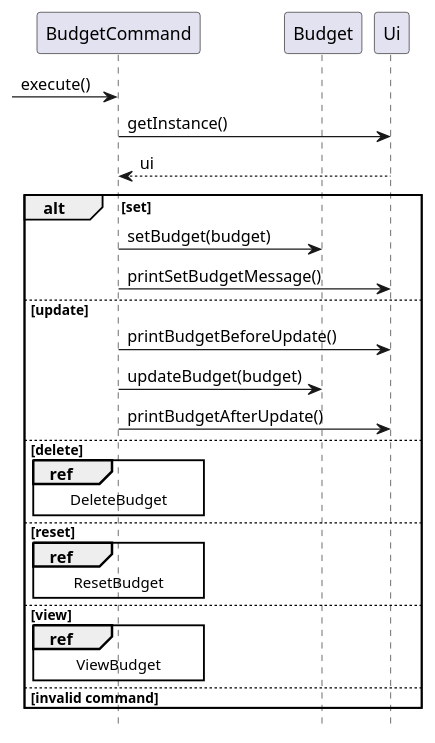
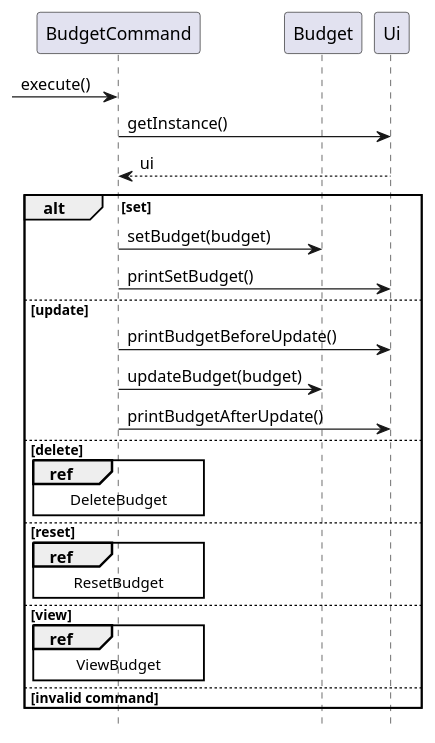
Before and after one commit to nus-cs2113-AY2324S1/tp: the diagram in docs/diagrams/Budget.puml, drawn with PlantUML. The commit also changed 9 other files, not shown here.

Commit message:
Extract method in budget command and update DG

```diff
--- a/docs/diagrams/Budget.puml
+++ b/docs/diagrams/Budget.puml
@@ -1,28 +1,28 @@
 @startuml
 
 participant BudgetCommand
 participant Budget
 participant Ui
 
 -> BudgetCommand: execute()
 BudgetCommand -> Ui: getInstance()
 return ui
 
 alt set
     BudgetCommand -> Budget: setBudget(budget)
-    BudgetCommand -> Ui: printSetBudgetMessage()
+    BudgetCommand -> Ui: printSetBudget()
 else update
     BudgetCommand -> Ui: printBudgetBeforeUpdate()
     BudgetCommand -> Budget: updateBudget(budget)
     BudgetCommand -> Ui: printBudgetAfterUpdate()
 else delete
     ref over BudgetCommand: DeleteBudget
 else reset
     ref over BudgetCommand: ResetBudget
 else view
     ref over BudgetCommand: ViewBudget
 else invalid command
 end
 
 hide footbox
 @enduml
```
